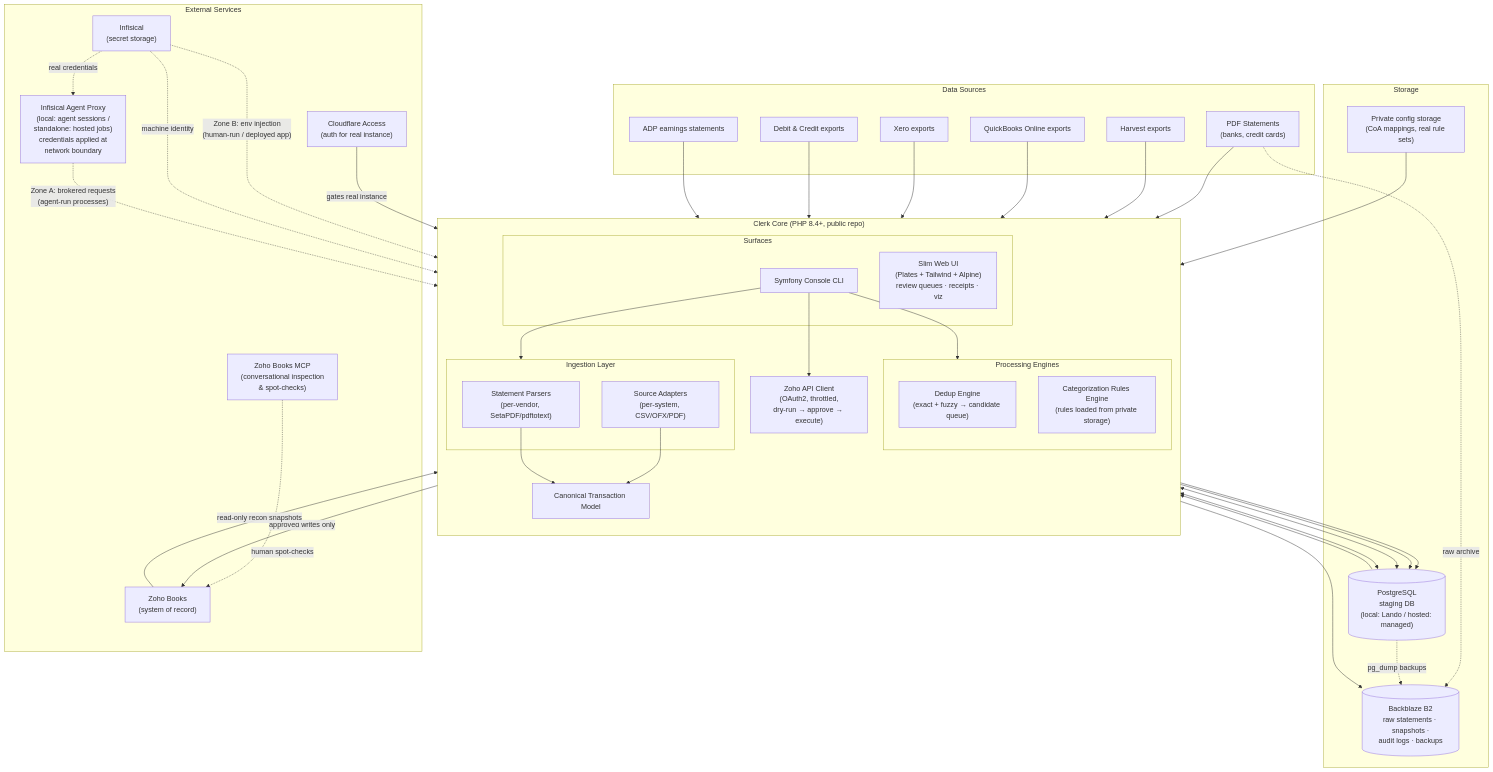
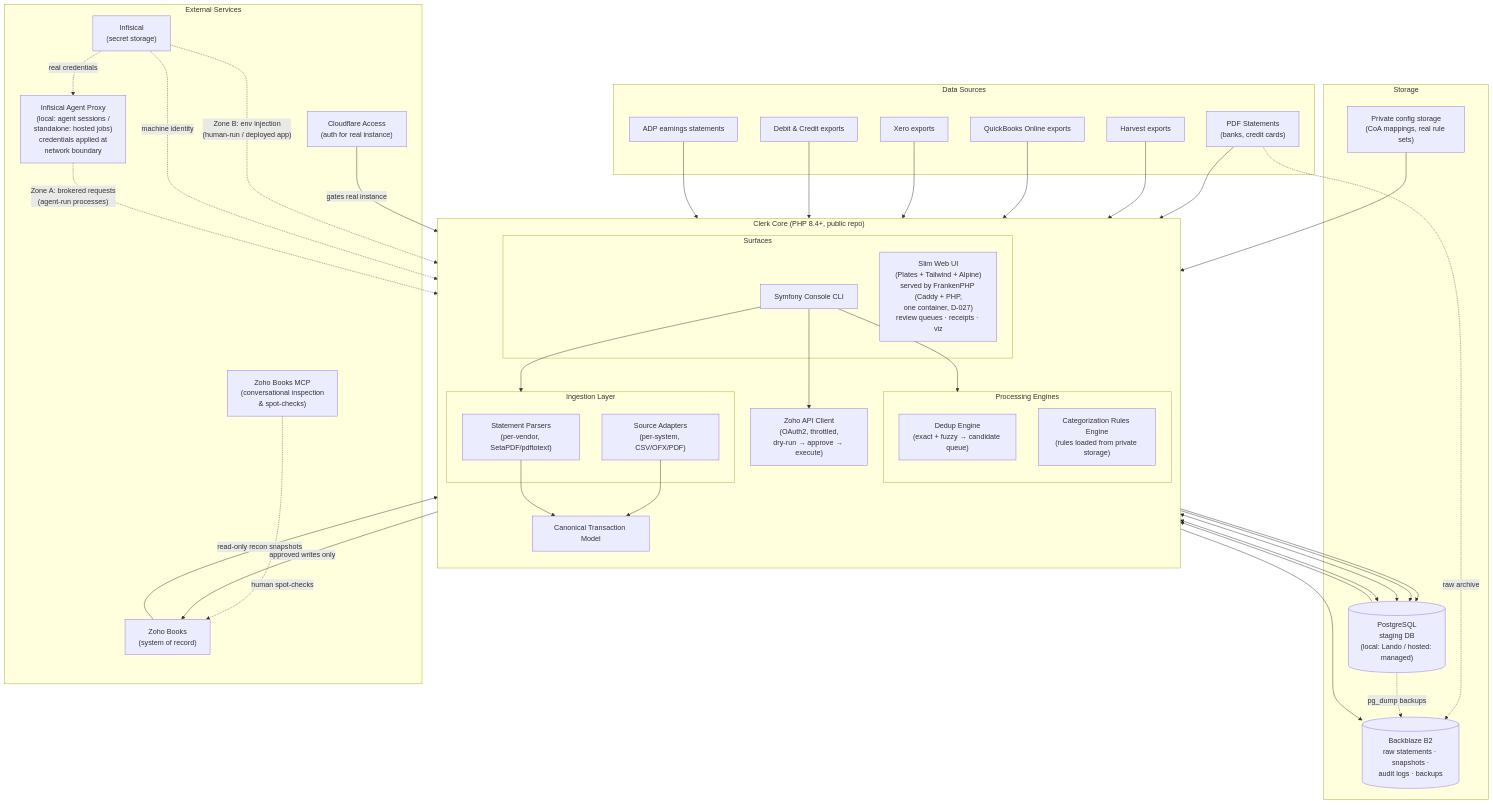
Before and after one commit to miquelbrazil/clerk: the diagram in docs/architecture.md, drawn with Mermaid. The commit also changed other lines of this file, not shown here.

First line of the commit message:
task: Reflect the FrankenPHP topology in the architecture doc

````diff
--- a/docs/architecture.md
+++ b/docs/architecture.md
@@ -9,74 +9,74 @@
 ```mermaid
 flowchart TB
     subgraph Sources["Data Sources"]
         PDF["PDF Statements<br/>(banks, credit cards)"]
         HV["Harvest exports"]
         QBO["QuickBooks Online exports"]
         XERO["Xero exports"]
         DC["Debit & Credit exports"]
         ADP["ADP earnings statements"]
     end
 
     subgraph Clerk["Clerk Core (PHP 8.4+, public repo)"]
         direction TB
         subgraph Ingestion["Ingestion Layer"]
             PARSERS["Statement Parsers<br/>(per-vendor, SetaPDF/pdftotext)"]
             ADAPTERS["Source Adapters<br/>(per-system, CSV/OFX/PDF)"]
         end
         CANON["Canonical Transaction Model"]
         subgraph Engine["Processing Engines"]
             DEDUP["Dedup Engine<br/>(exact + fuzzy → candidate queue)"]
             RULES["Categorization Rules Engine<br/>(rules loaded from private storage)"]
         end
         ZCLIENT["Zoho API Client<br/>(OAuth2, throttled,<br/>dry-run → approve → execute)"]
         subgraph Surfaces["Surfaces"]
             CLI["Symfony Console CLI"]
-            WEB["Slim Web UI<br/>(Plates + Tailwind + Alpine)<br/>review queues · receipts · viz"]
+            WEB["Slim Web UI<br/>(Plates + Tailwind + Alpine)<br/>served by FrankenPHP (Caddy + PHP,<br/>one container, D-027)<br/>review queues · receipts · viz"]
         end
     end
 
     subgraph Storage["Storage"]
         PG[("PostgreSQL<br/>staging DB<br/>(local: Lando / hosted: managed)")]
         B2[("Backblaze B2<br/>raw statements · snapshots ·<br/>audit logs · backups")]
         PRIV["Private config storage<br/>(CoA mappings, real rule sets)"]
     end
 
     subgraph External["External Services"]
         ZOHO["Zoho Books<br/>(system of record)"]
         INF["Infisical<br/>(secret storage)"]
         PROXY["Infisical Agent Proxy<br/>(local: agent sessions /<br/>standalone: hosted jobs)<br/>credentials applied at<br/>network boundary"]
         CFA["Cloudflare Access<br/>(auth for real instance)"]
         MCP["Zoho Books MCP<br/>(conversational inspection<br/>& spot-checks)"]
     end
 
     PDF --> PARSERS
     HV --> ADAPTERS
     QBO --> ADAPTERS
     XERO --> ADAPTERS
     DC --> ADAPTERS
     ADP --> ADAPTERS
 
     PARSERS --> CANON
     ADAPTERS --> CANON
     CANON --> PG
     PG <--> DEDUP
     PG <--> RULES
     PRIV --> RULES
     PG --> ZCLIENT
     ZCLIENT -->|"approved writes only"| ZOHO
     ZOHO -->|"read-only recon snapshots"| ZCLIENT
     ZCLIENT --> B2
     PDF -.->|"raw archive"| B2
     PG -.->|"pg_dump backups"| B2
 
     CLI --> Ingestion
     CLI --> Engine
     CLI --> ZCLIENT
     WEB --> PG
     CFA -->|"gates real instance"| WEB
     INF -.->|"Zone B: env injection<br/>(human-run / deployed app)"| CLI
     INF -.->|"machine identity"| WEB
     INF -.->|"real credentials"| PROXY
     PROXY -.->|"Zone A: brokered requests<br/>(agent-run processes)"| ZCLIENT
     MCP -.->|"human spot-checks"| ZOHO
 ```
````
